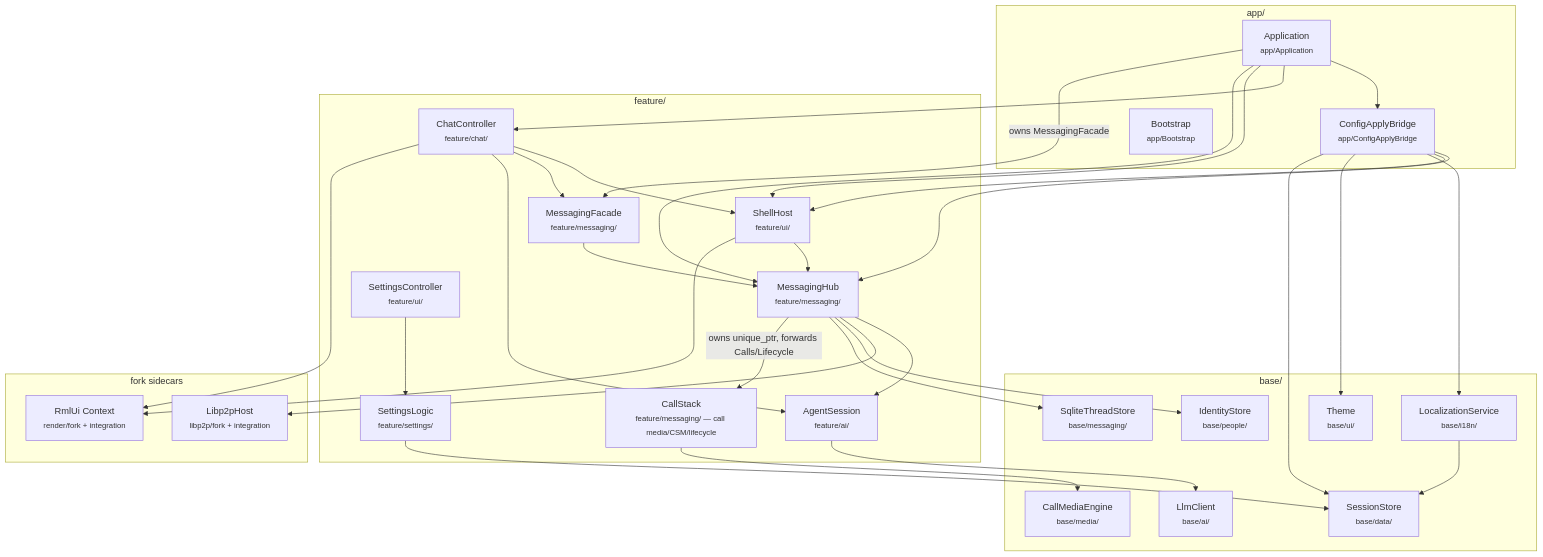
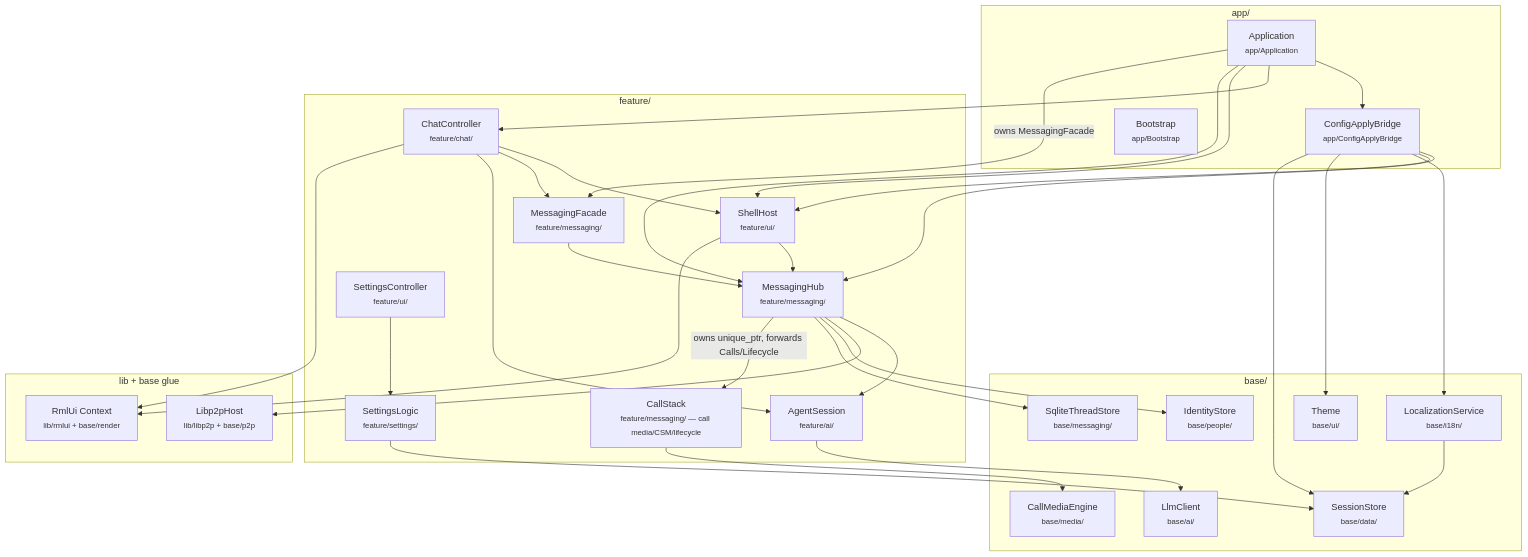
One commit to people-post/pp-browser changed the first of 4 diagrams in docs/architecture/RUNTIME_COMPOSITION.md. Above: the diagram before and after it, drawn with Mermaid. The commit also changed other lines of this file and 2003 other files, not shown here.

First line of the commit message:
docs: update architecture and source layout documentation for refactored structure

````diff
--- a/docs/architecture/RUNTIME_COMPOSITION.md
+++ b/docs/architecture/RUNTIME_COMPOSITION.md
@@ -18,63 +18,63 @@
 ```mermaid
 flowchart TB
   subgraph app_layer["app/"]
     Application["Application<br/><small>app/Application</small>"]
     ConfigApplyBridge["ConfigApplyBridge<br/><small>app/ConfigApplyBridge</small>"]
     Bootstrap["Bootstrap<br/><small>app/Bootstrap</small>"]
   end
 
   subgraph feature_layer["feature/"]
     SettingsLogic["SettingsLogic<br/><small>feature/settings/</small>"]
     AgentSession["AgentSession<br/><small>feature/ai/</small>"]
     MessagingHub["MessagingHub<br/><small>feature/messaging/</small>"]
     CallStack["CallStack<br/><small>feature/messaging/ — call media/CSM/lifecycle</small>"]
     MessagingFacade["MessagingFacade<br/><small>feature/messaging/</small>"]
     ShellHost["ShellHost<br/><small>feature/ui/</small>"]
     SettingsController["SettingsController<br/><small>feature/ui/</small>"]
     ChatController["ChatController<br/><small>feature/chat/</small>"]
   end
 
   subgraph base_layer["base/"]
     SessionStore["SessionStore<br/><small>base/data/</small>"]
     LocalizationService["LocalizationService<br/><small>base/i18n/</small>"]
     Theme["Theme<br/><small>base/ui/</small>"]
     IdentityStore["IdentityStore<br/><small>base/people/</small>"]
     ThreadStore["SqliteThreadStore<br/><small>base/messaging/</small>"]
     LlmClient["LlmClient<br/><small>base/ai/</small>"]
     CallMediaEngine["CallMediaEngine<br/><small>base/media/</small>"]
   end
 
-  subgraph sidecars["fork sidecars"]
-    RmlUi["RmlUi Context<br/><small>render/fork + integration</small>"]
-    Libp2p["Libp2pHost<br/><small>libp2p/fork + integration</small>"]
+  subgraph libs["lib + base glue"]
+    RmlUi["RmlUi Context<br/><small>lib/rmlui + base/render</small>"]
+    Libp2p["Libp2pHost<br/><small>lib/libp2p + base/p2p</small>"]
   end
 
   Application --> ConfigApplyBridge
   Application --> ChatController
   Application --> ShellHost
   Application --> MessagingHub
   Application -->|owns MessagingFacade| MessagingFacade
   MessagingFacade --> MessagingHub
   ConfigApplyBridge --> MessagingHub
   ConfigApplyBridge --> ShellHost
   ConfigApplyBridge --> LocalizationService
   ConfigApplyBridge --> Theme
   ConfigApplyBridge --> SessionStore
 
   ChatController --> ShellHost
   ChatController --> MessagingFacade
   ChatController --> AgentSession
   ShellHost --> MessagingHub
   SettingsController --> SettingsLogic
   MessagingHub --> AgentSession
   MessagingHub --> Libp2p
   MessagingHub --> IdentityStore
   MessagingHub --> ThreadStore
   MessagingHub -->|owns unique_ptr, forwards Calls/Lifecycle| CallStack
   CallStack --> CallMediaEngine
   ShellHost --> RmlUi
   ChatController --> RmlUi
   SettingsLogic --> SessionStore
   AgentSession --> LlmClient
   LocalizationService --> SessionStore
 ```
````
